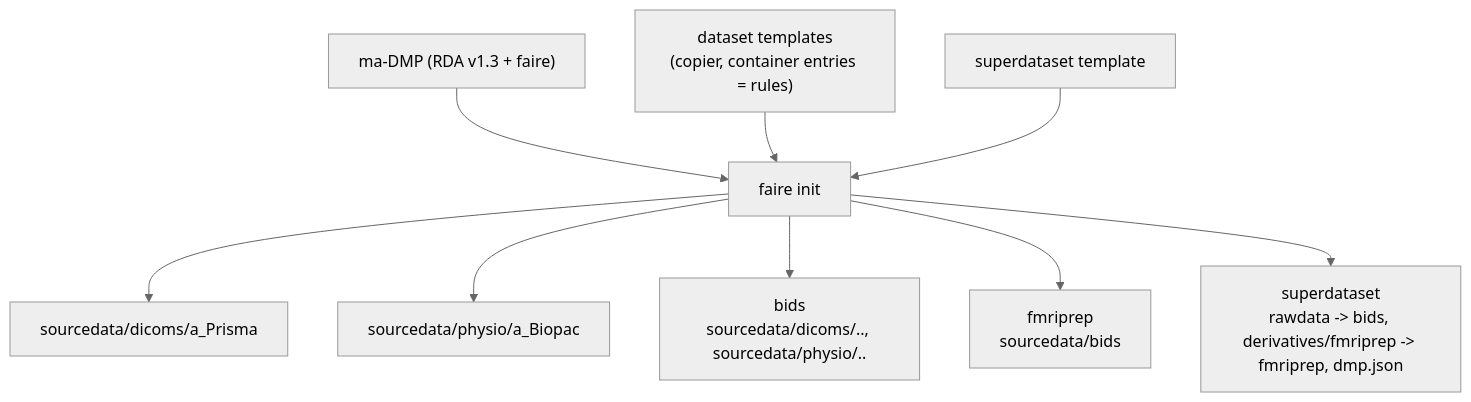
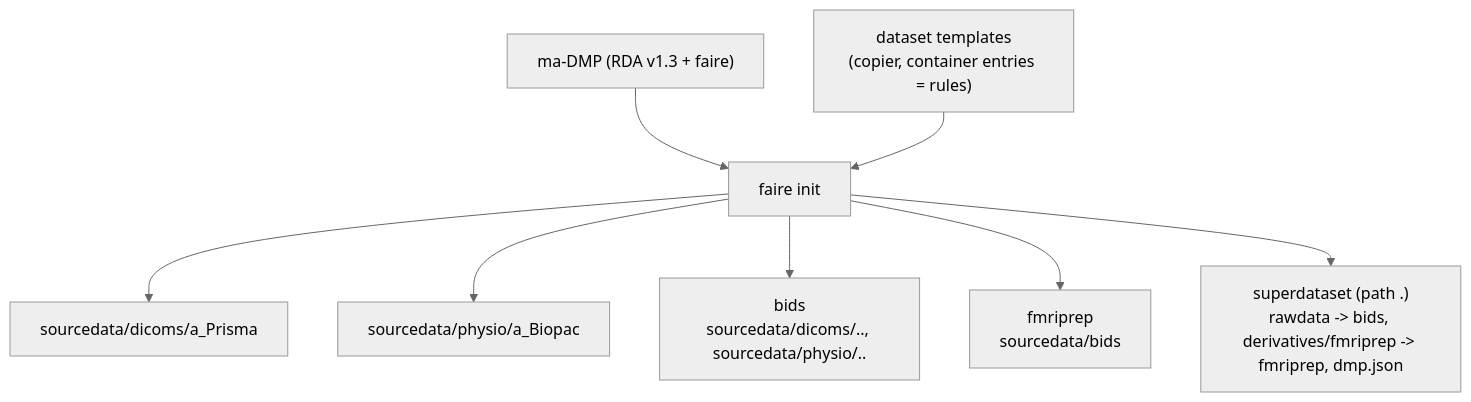
The first of 3 diagrams in openspec/changes/madmp-dataops-foundation/diagrams.md (neurofedr8/faire), drawn with Mermaid (neutral theme) before and after one commit. The commit also changed other lines of this file and 8 other files, not shown here.

````diff
--- a/openspec/changes/madmp-dataops-foundation/diagrams.md
+++ b/openspec/changes/madmp-dataops-foundation/diagrams.md
@@ -7,11 +7,10 @@
 ```mermaid
 flowchart TB
   DMP["ma-DMP (RDA v1.3 + faire)"] --> INIT["faire init"]
   TPL["dataset templates<br/>(copier, container entries = rules)"] --> INIT
-  STPL["superdataset template"] --> INIT
   INIT --> S1["sourcedata/dicoms/a_Prisma"]
   INIT --> S2["sourcedata/physio/a_Biopac"]
   INIT --> B["bids<br/>sourcedata/dicoms/.., sourcedata/physio/.."]
   INIT --> F["fmriprep<br/>sourcedata/bids"]
-  INIT --> SUP["superdataset<br/>rawdata -> bids, derivatives/fmriprep -> fmriprep, dmp.json"]
+  INIT --> SUP["superdataset (path .)<br/>rawdata -> bids, derivatives/fmriprep -> fmriprep, dmp.json"]
 ```
````
